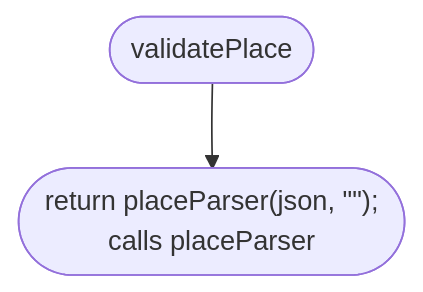
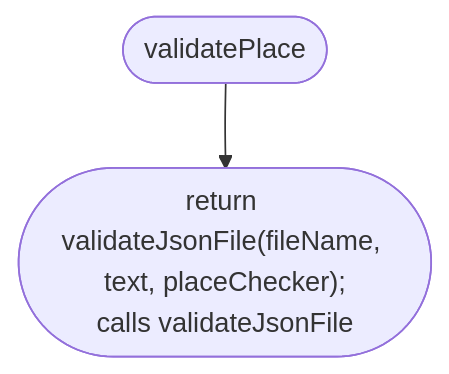
Before and after one commit to NewDara-Star/world-engine: the fifth of 5 diagrams in docs/flows/src/place/place.md, drawn with Mermaid. The commit also changed other lines of this file and 18 other files, not shown here.

First line of the commit message:
Place checker: new names, file and line on every message (Scope 002b items 1-4)

````diff
--- a/docs/flows/src/place/place.md
+++ b/docs/flows/src/place/place.md
@@ -49,6 +59,6 @@
 ```mermaid
 flowchart TD
   n1(["validatePlace"])
-  n2(["return placeParser(json, #quot;#quot;);<br/>calls placeParser"])
+  n2(["return validateJsonFile(fileName, text, placeChecker);<br/>calls validateJsonFile"])
   n1 --> n2
 ```
````
